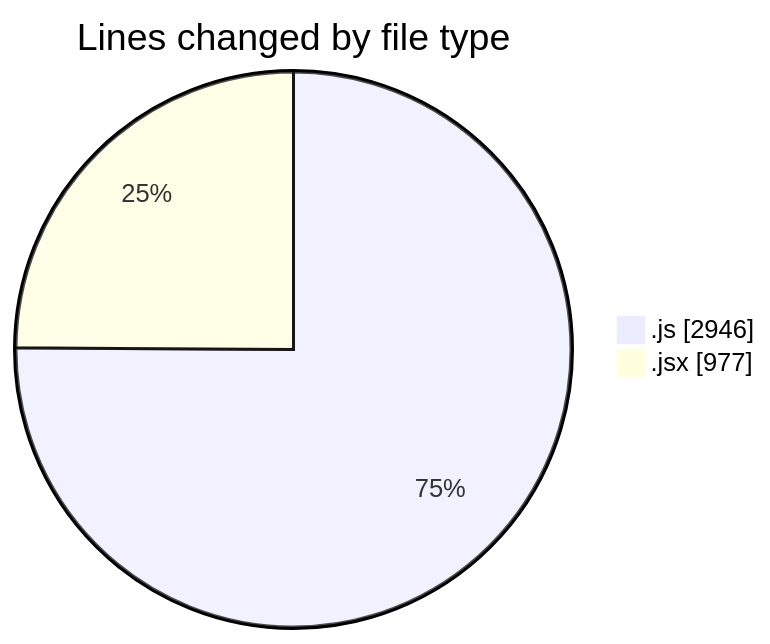
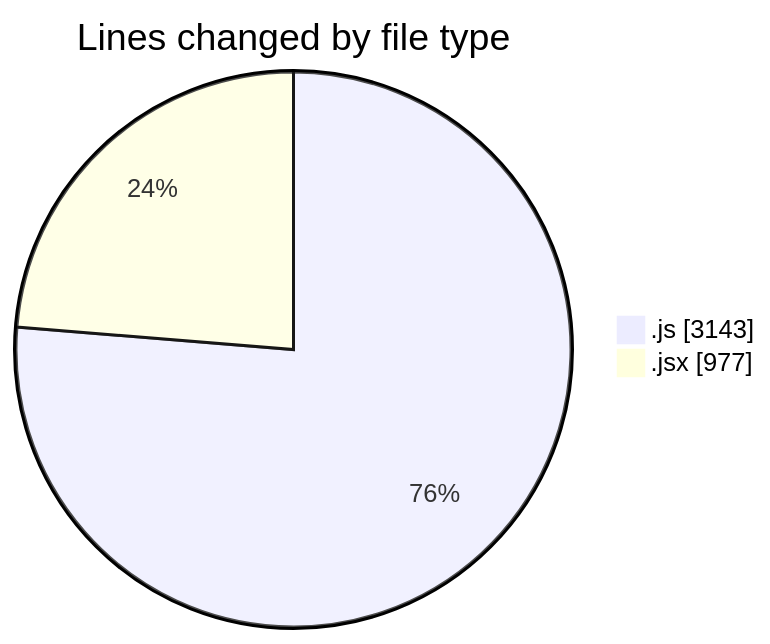
Before and after one commit to nxtqubesakshisongat/code-tracking: the first of 2 diagrams in 2025-08-13/nxtqube_webapp/README.md, drawn with Mermaid. The commit also changed other lines of this file and 1 other file, not shown here.

````diff
--- a/2025-08-13/nxtqube_webapp/README.md
+++ b/2025-08-13/nxtqube_webapp/README.md
@@ -22,6 +22,6 @@
 ```mermaid
 pie showData
 title Lines changed by file type
-".js" : 2946
+".js" : 3143
 ".jsx" : 977
 ```
````
